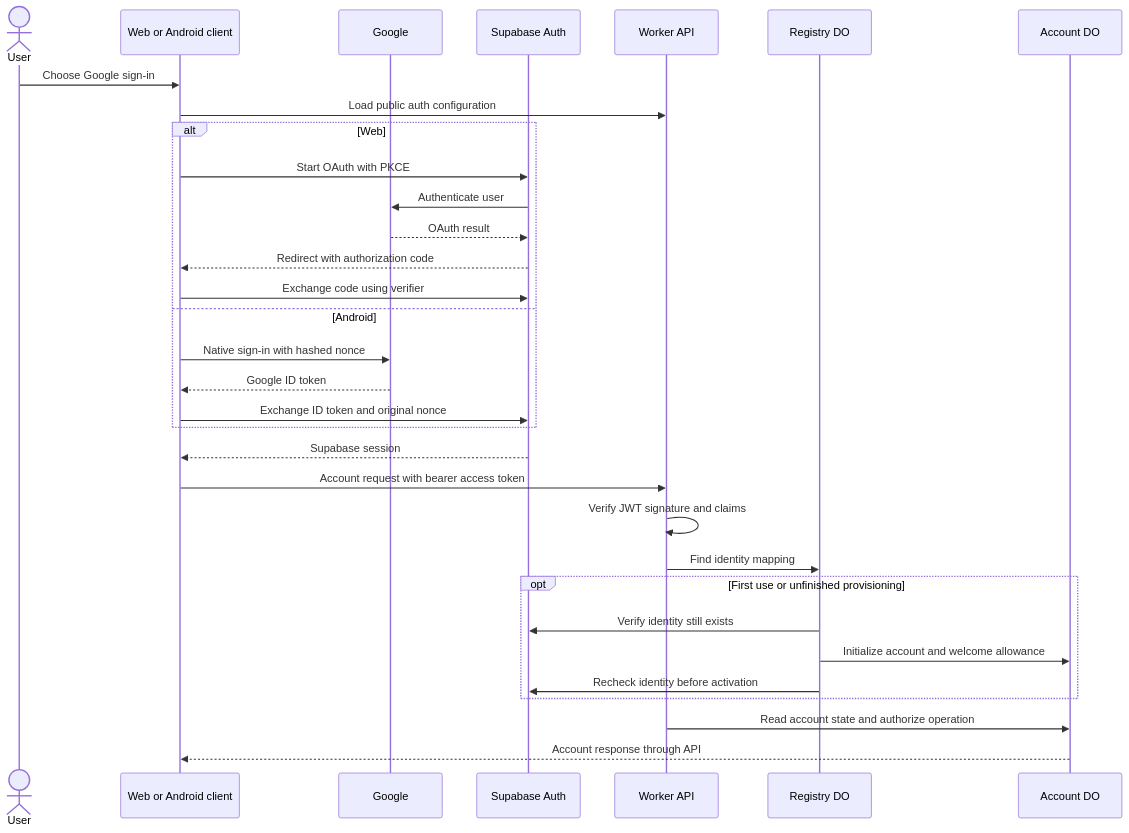
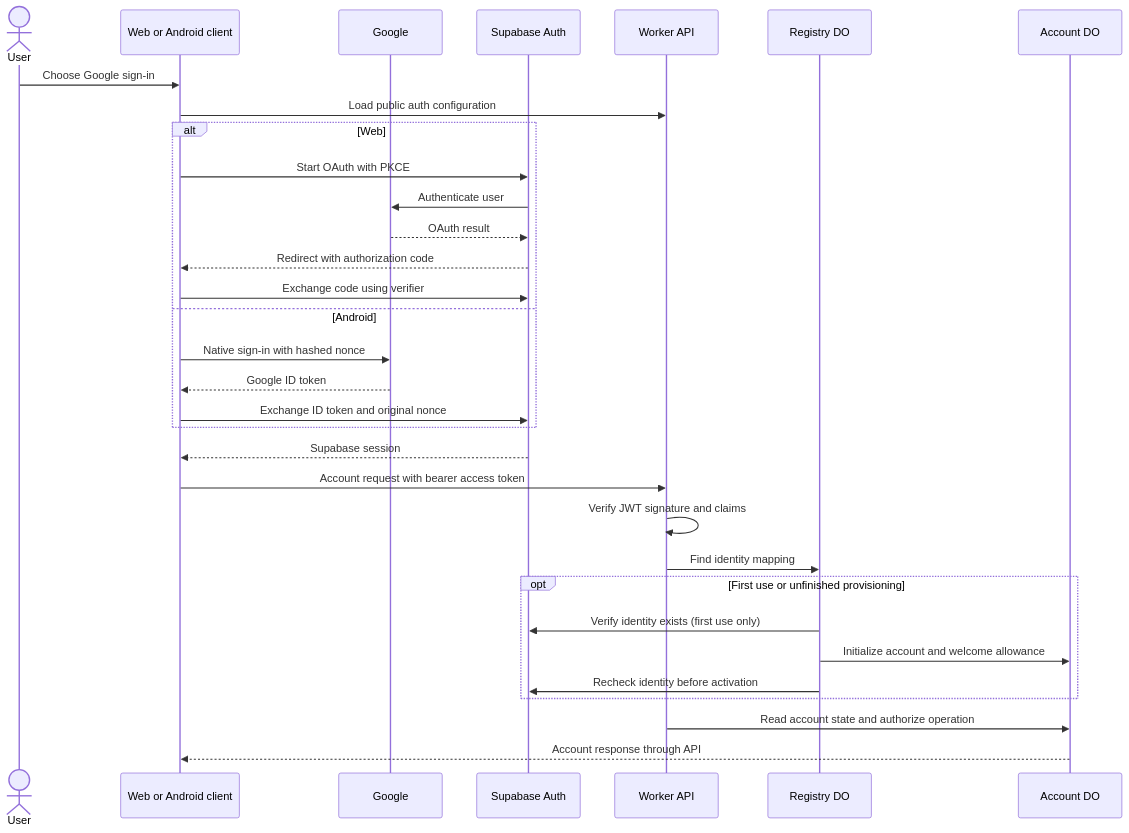
The first of 3 diagrams in docs/architecture/authentication.md (patricktree/cup), drawn with Mermaid before and after one commit. The commit also changed other lines of this file and 24 other files, not shown here.

````diff
--- a/docs/architecture/authentication.md
+++ b/docs/architecture/authentication.md
@@ -7,34 +7,34 @@
 ```mermaid
 sequenceDiagram
     actor User
     participant Client as Web or Android client
     participant Google
     participant Auth as Supabase Auth
     participant API as Worker API
     participant Registry as Registry DO
     participant Account as Account DO
     User->>Client: Choose Google sign-in
     Client->>API: Load public auth configuration
     alt Web
         Client->>Auth: Start OAuth with PKCE
         Auth->>Google: Authenticate user
         Google-->>Auth: OAuth result
         Auth-->>Client: Redirect with authorization code
         Client->>Auth: Exchange code using verifier
     else Android
         Client->>Google: Native sign-in with hashed nonce
         Google-->>Client: Google ID token
         Client->>Auth: Exchange ID token and original nonce
     end
     Auth-->>Client: Supabase session
     Client->>API: Account request with bearer access token
     API->>API: Verify JWT signature and claims
     API->>Registry: Find identity mapping
     opt First use or unfinished provisioning
-        Registry->>Auth: Verify identity still exists
+        Registry->>Auth: Verify identity exists (first use only)
         Registry->>Account: Initialize account and welcome allowance
         Registry->>Auth: Recheck identity before activation
     end
     API->>Account: Read account state and authorize operation
     Account-->>Client: Account response through API
 ```
````
